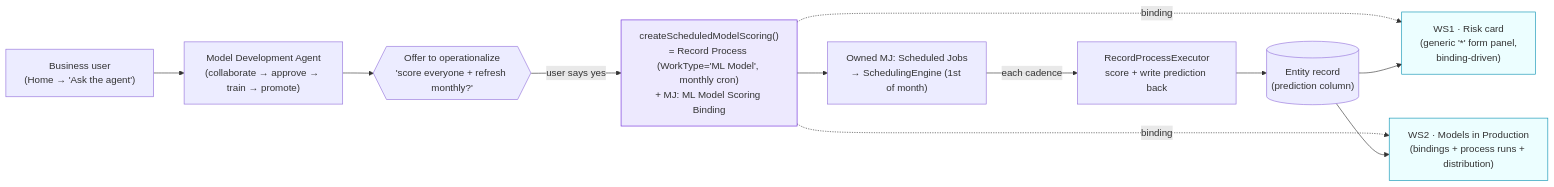
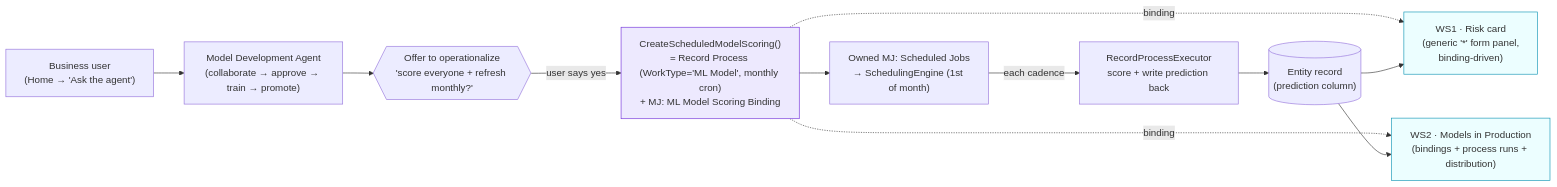
One commit to MemberJunction/MJ changed diagram 15 of 15 in guides/PREDICTIVE_STUDIO_GUIDE.md. Above: the diagram before and after it, drawn with Mermaid. The commit also changed other lines of this file and 27 other files, not shown here.

````diff
--- a/guides/PREDICTIVE_STUDIO_GUIDE.md
+++ b/guides/PREDICTIVE_STUDIO_GUIDE.md
@@ -1168,26 +1168,26 @@
 ```mermaid
 flowchart LR
     User["Business user<br/>(Home → 'Ask the agent')"]
     Agent["Model Development Agent<br/>(collaborate → approve → train → promote)"]
     Offer{{"Offer to operationalize<br/>'score everyone + refresh monthly?'"}}
-    Sched["createScheduledModelScoring()<br/>= Record Process (WorkType='ML Model', monthly cron)<br/>+ MJ: ML Model Scoring Binding"]
+    Sched["CreateScheduledModelScoring()<br/>= Record Process (WorkType='ML Model', monthly cron)<br/>+ MJ: ML Model Scoring Binding"]
     Job["Owned MJ: Scheduled Jobs<br/>→ SchedulingEngine (1st of month)"]
     WB["RecordProcessExecutor<br/>score + write prediction back"]
     Rec[("Entity record<br/>(prediction column)")]
     Card["WS1 · Risk card<br/>(generic '*' form panel,<br/>binding-driven)"]
     Prod["WS2 · Models in Production<br/>(bindings + process runs + distribution)"]
 
     User --> Agent
     Agent --> Offer
     Offer -->|user says yes| Sched
     Sched --> Job
     Job -->|each cadence| WB
     WB --> Rec
     Sched -.binding.-> Card
     Sched -.binding.-> Prod
     Rec --> Card
     Rec --> Prod
     style Sched fill:#ede9fe,stroke:#6d28d9
     style Card fill:#ecfeff,stroke:#0891b2
     style Prod fill:#ecfeff,stroke:#0891b2
 ```
````
